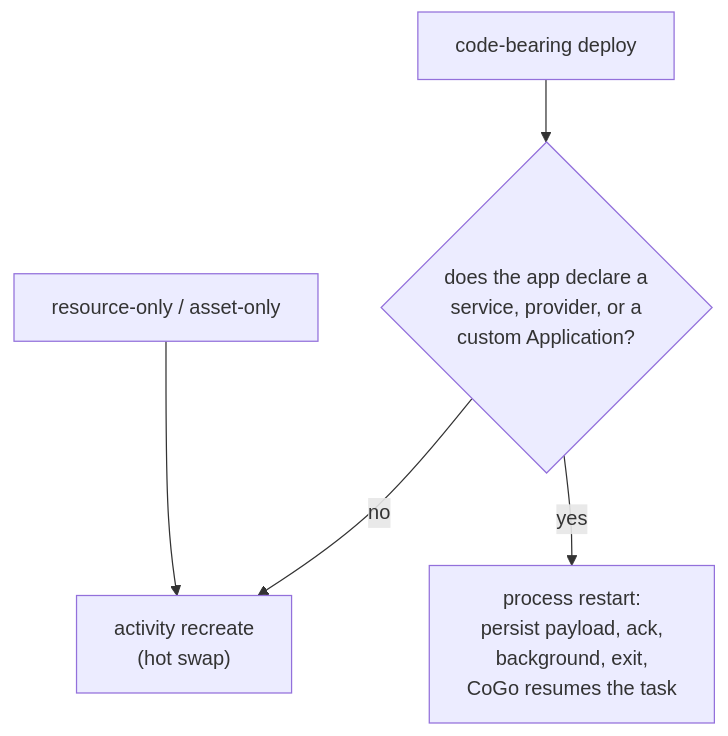
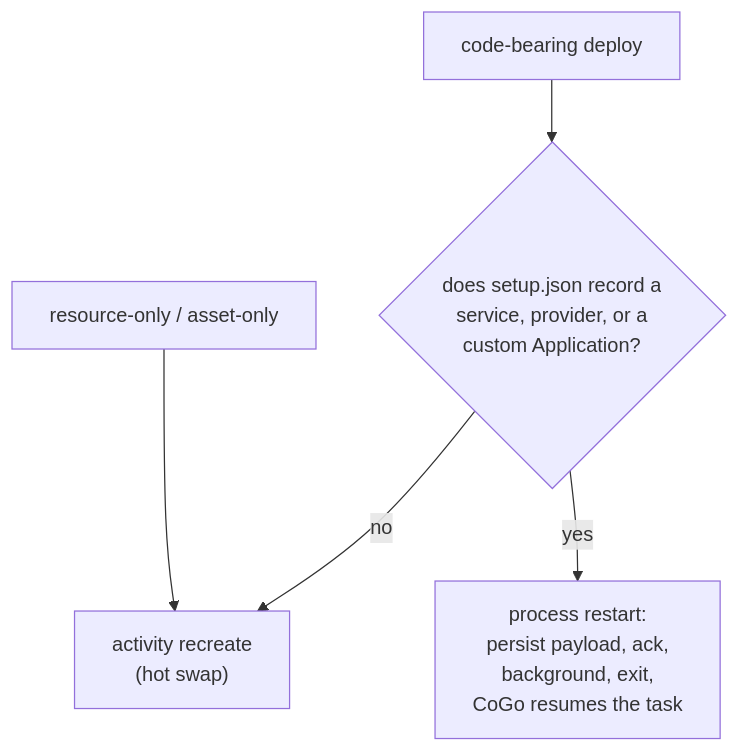
Before and after one commit to appdevforall/CodeOnTheGo: the second of 2 diagrams in quickbuild/docs/component-proxying-design.md, drawn with Mermaid. The commit also changed other lines of this file and 38 other files, not shown here.

````diff
--- a/quickbuild/docs/component-proxying-design.md
+++ b/quickbuild/docs/component-proxying-design.md
@@ -173,7 +200,7 @@
 ```mermaid
 flowchart TD
-    C["code-bearing deploy"] --> Q{"does the app declare a<br/>service, provider, or a<br/>custom Application?"}
+    C["code-bearing deploy"] --> Q{"does setup.json record a<br/>service, provider, or a<br/>custom Application?"}
     Q -->|no| R["activity recreate<br/>(hot swap)"]
     Q -->|yes| K["process restart:<br/>persist payload, ack,<br/>background, exit,<br/>CoGo resumes the task"]
     RES["resource-only / asset-only"] --> R
 ```
````
